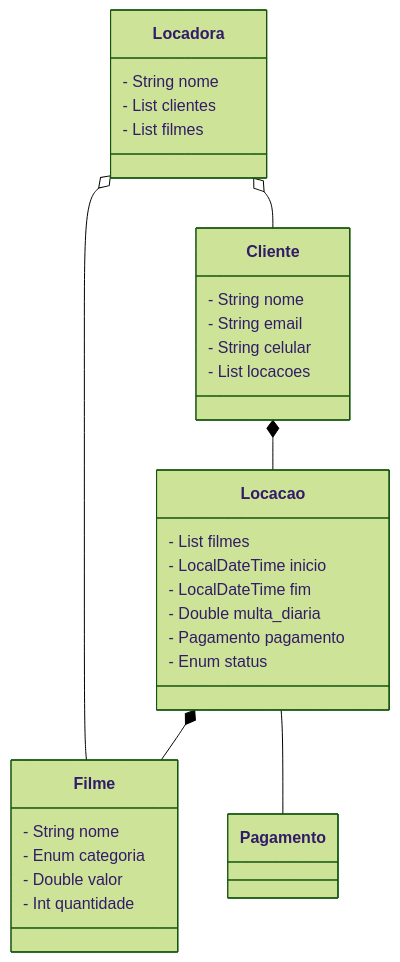
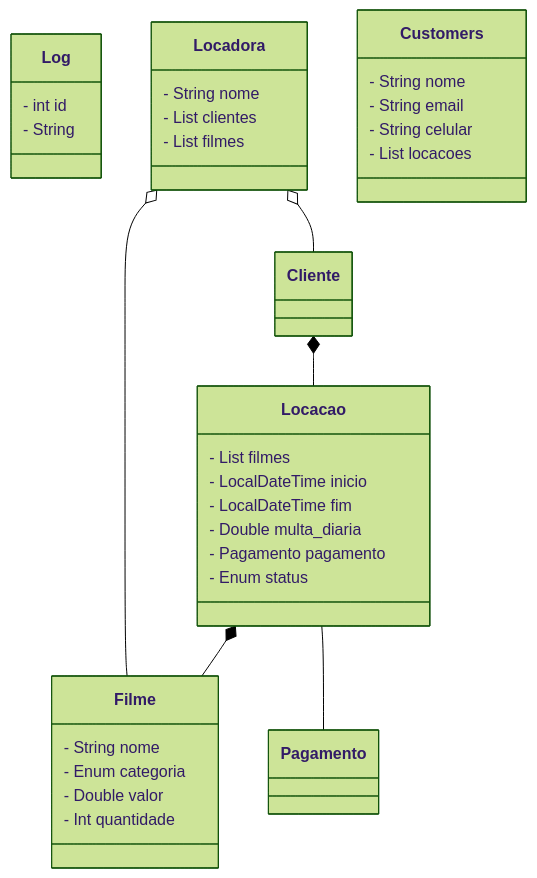
Before and after one commit to mateuscardoso99/SistemaOO: the third of 3 diagrams in README.md, drawn with Mermaid (forest theme). The commit also changed other lines of this file, not shown here.

````diff
--- a/README.md
+++ b/README.md
@@ -9,45 +100,50 @@
 ```mermaid
 classDiagram
+    class Log{
+      - int id
+      - String 
+    }
+
     class Locadora{
       - String nome
       - List<Cliente> clientes
       - List<Filme> filmes
     }
     
     class Locacao{
       - List<Filme> filmes
       - LocalDateTime inicio
       - LocalDateTime fim
       - Double multa_diaria
       - Pagamento pagamento
       - Enum status
     }
     
-    class Cliente{
+    class Customers{
      - String nome
      - String email
      - String celular
      - List<Locacao> locacoes
     }
 
     class Filme{
     - String nome
     - Enum categoria
     - Double valor
     - Int quantidade
     }
 
     class Pagamento{
     
     }
 
     Locadora o-- Filme 
 
     Locadora o-- Cliente
 
     Cliente *-- Locacao
 
     Locacao *-- Filme
 
     Locacao -- Pagamento
 ```
````
